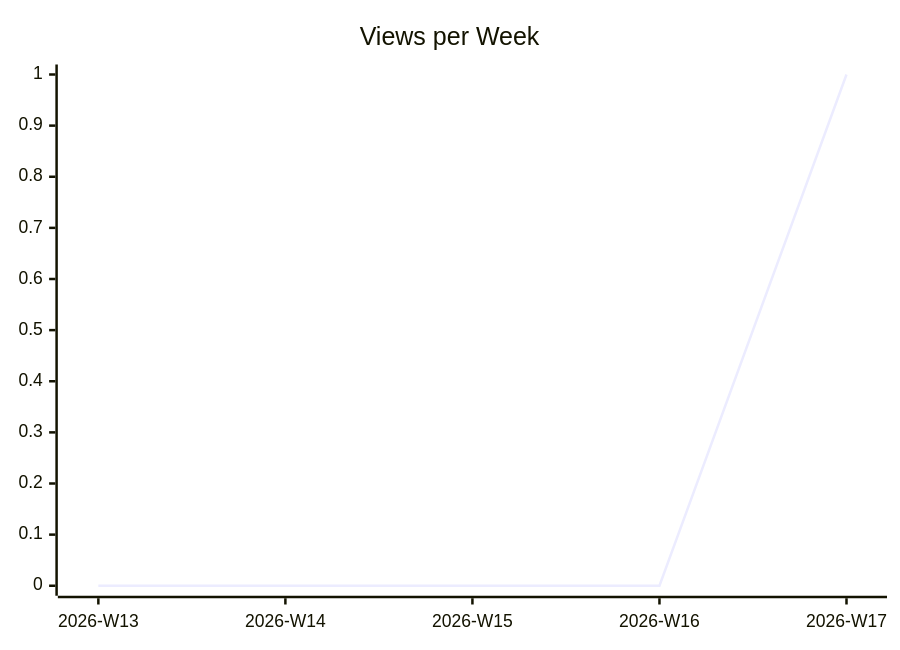
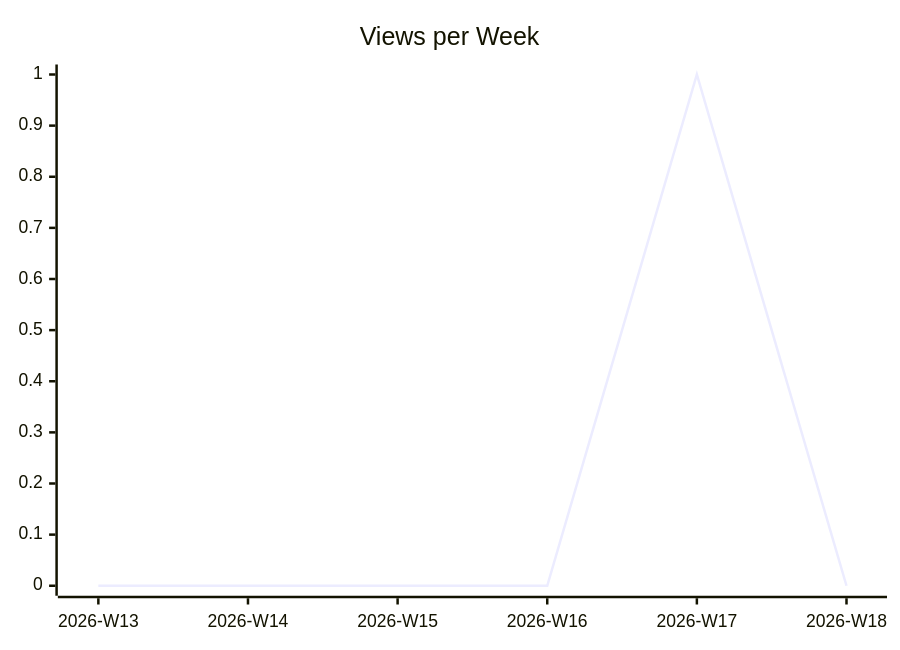
The second of 3 diagrams in karlmdavis/ansible-role-rcm-dotfiles/README.md (justdavis-family/github-analytics-data), drawn with Mermaid before and after one commit. The commit also changed other lines of this file and 184 other files, not shown here.

````diff
--- a/karlmdavis/ansible-role-rcm-dotfiles/README.md
+++ b/karlmdavis/ansible-role-rcm-dotfiles/README.md
@@ -12,6 +12,6 @@
 ```mermaid
 xychart-beta
   title "Views per Week"
-  x-axis ["2026-W13", "2026-W14", "2026-W15", "2026-W16", "2026-W17"]
-  line [0, 0, 0, 0, 1]
+  x-axis ["2026-W13", "2026-W14", "2026-W15", "2026-W16", "2026-W17", "2026-W18"]
+  line [0, 0, 0, 0, 1, 0]
 ```
````
